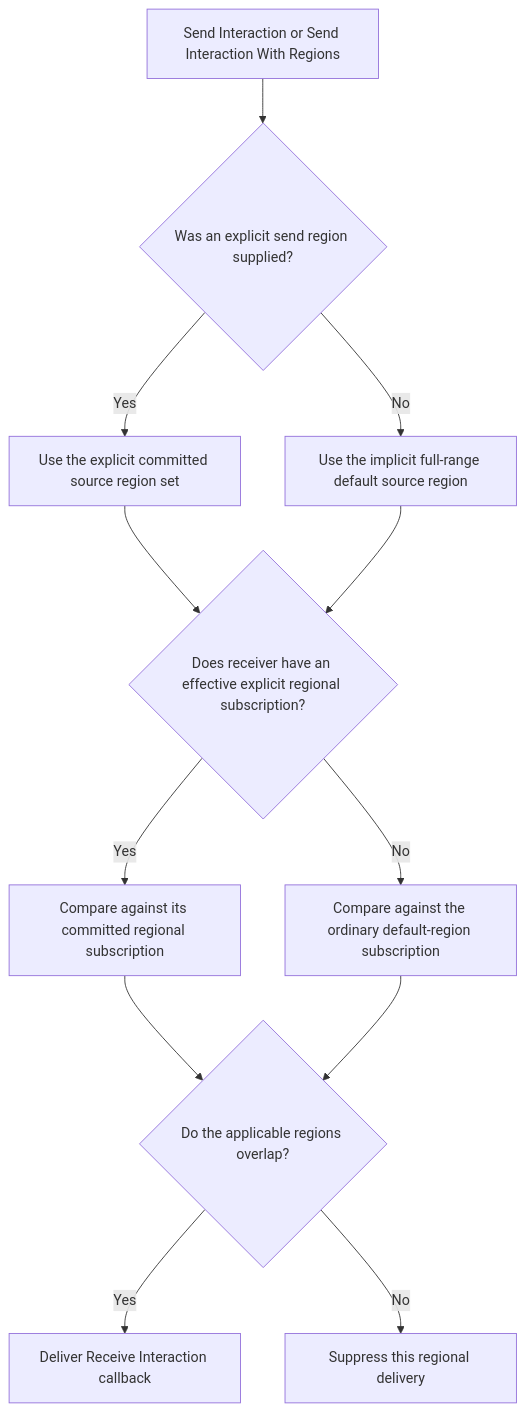
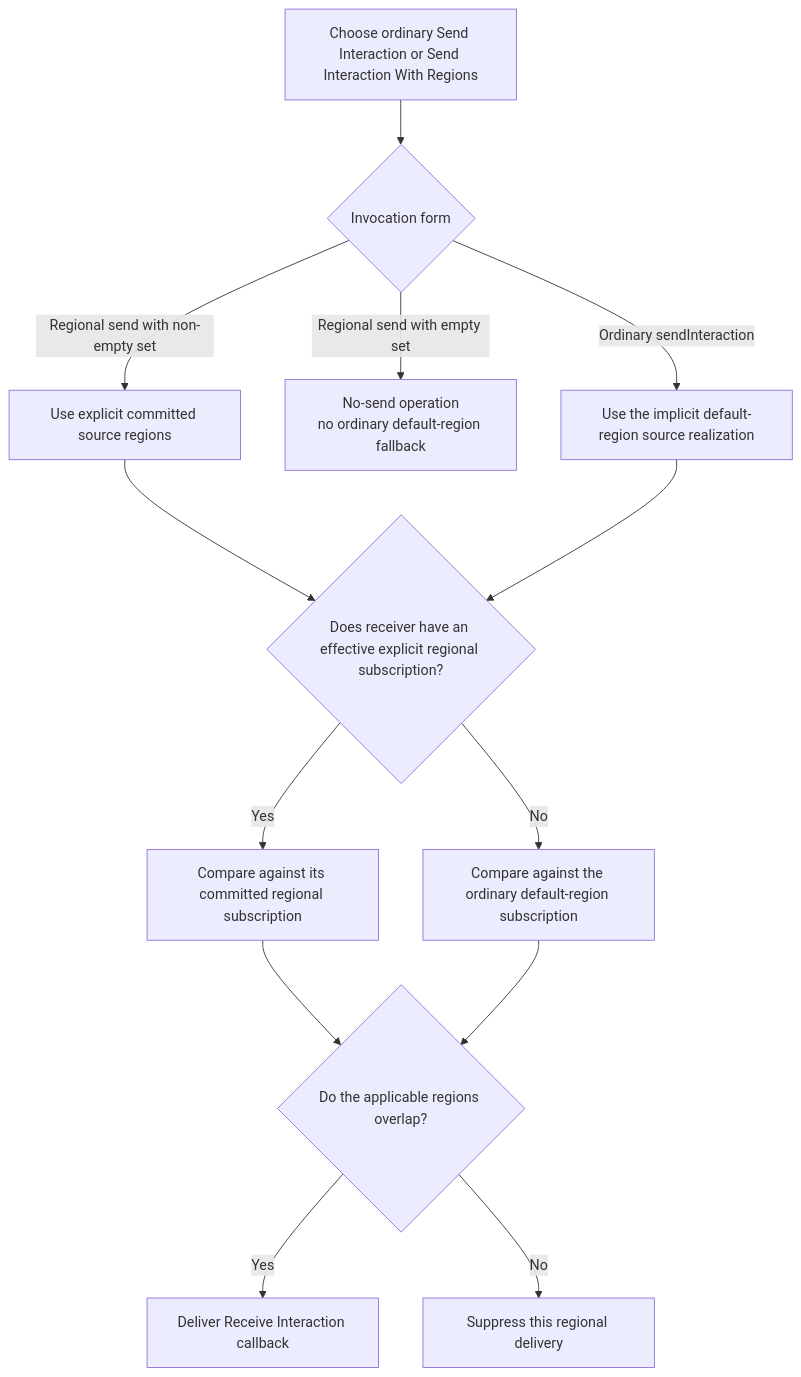
One commit to sheepfling/umbra changed diagram 15 of 20 in docs/design/HLA-2025-DATA-DISTRIBUTION-AND-REGIONS-FLOW-GUIDE.md. Above: the diagram before and after it, drawn with Mermaid. The commit also changed other lines of this file and 822 other files, not shown here.

````diff
--- a/docs/design/HLA-2025-DATA-DISTRIBUTION-AND-REGIONS-FLOW-GUIDE.md
+++ b/docs/design/HLA-2025-DATA-DISTRIBUTION-AND-REGIONS-FLOW-GUIDE.md
@@ -309,14 +1183,15 @@
 ```mermaid
 flowchart TD
-  A[Send Interaction or Send Interaction With Regions] --> B{Was an explicit send region supplied?}
-  B -->|Yes| C[Use the explicit committed source region set]
-  B -->|No| D[Use the implicit full-range default source region]
+  A[Choose ordinary Send Interaction or Send Interaction With Regions] --> B{Invocation form}
+  B -->|Ordinary sendInteraction| D[Use the implicit default-region source realization]
+  B -->|Regional send with empty set| Z[No-send operation<br/>no ordinary default-region fallback]
+  B -->|Regional send with non-empty set| C[Use explicit committed source regions]
   C --> E{Does receiver have an effective explicit regional subscription?}
   D --> E
   E -->|Yes| F[Compare against its committed regional subscription]
   E -->|No| G[Compare against the ordinary default-region subscription]
   F --> H{Do the applicable regions overlap?}
   G --> H
   H -->|Yes| I[Deliver Receive Interaction callback]
   H -->|No| J[Suppress this regional delivery]
 ```
````
